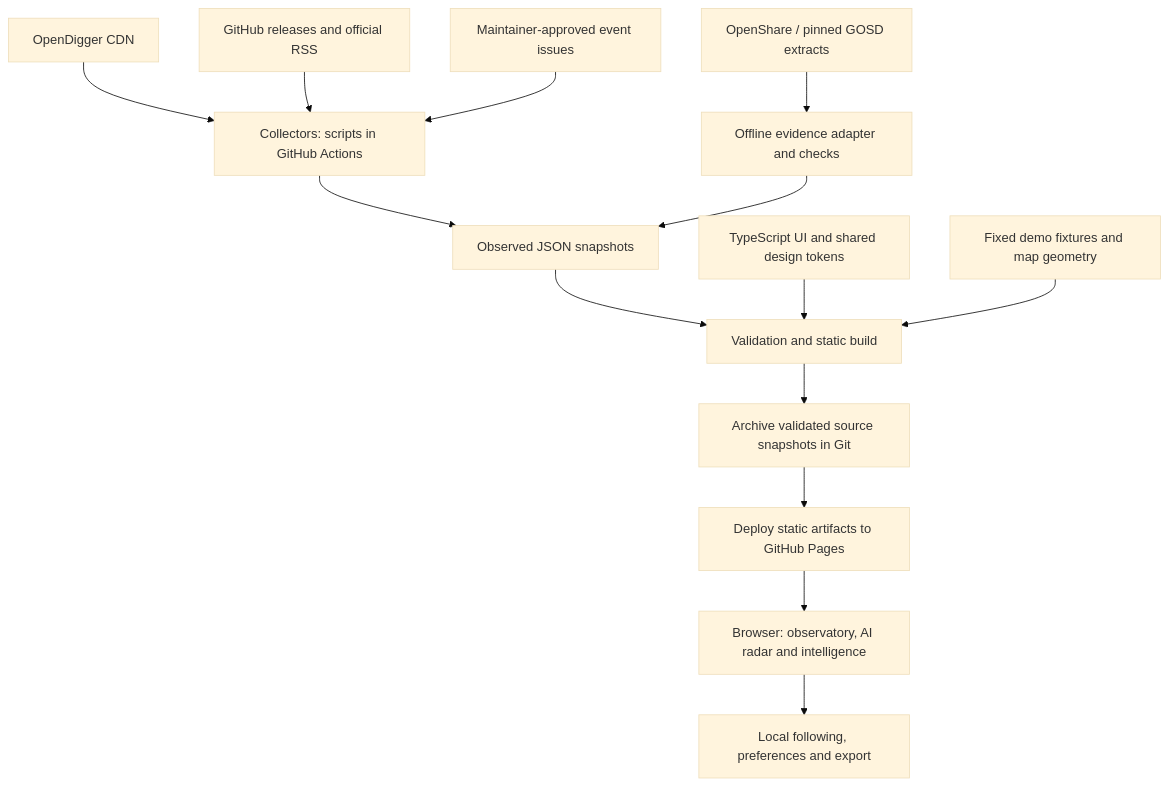
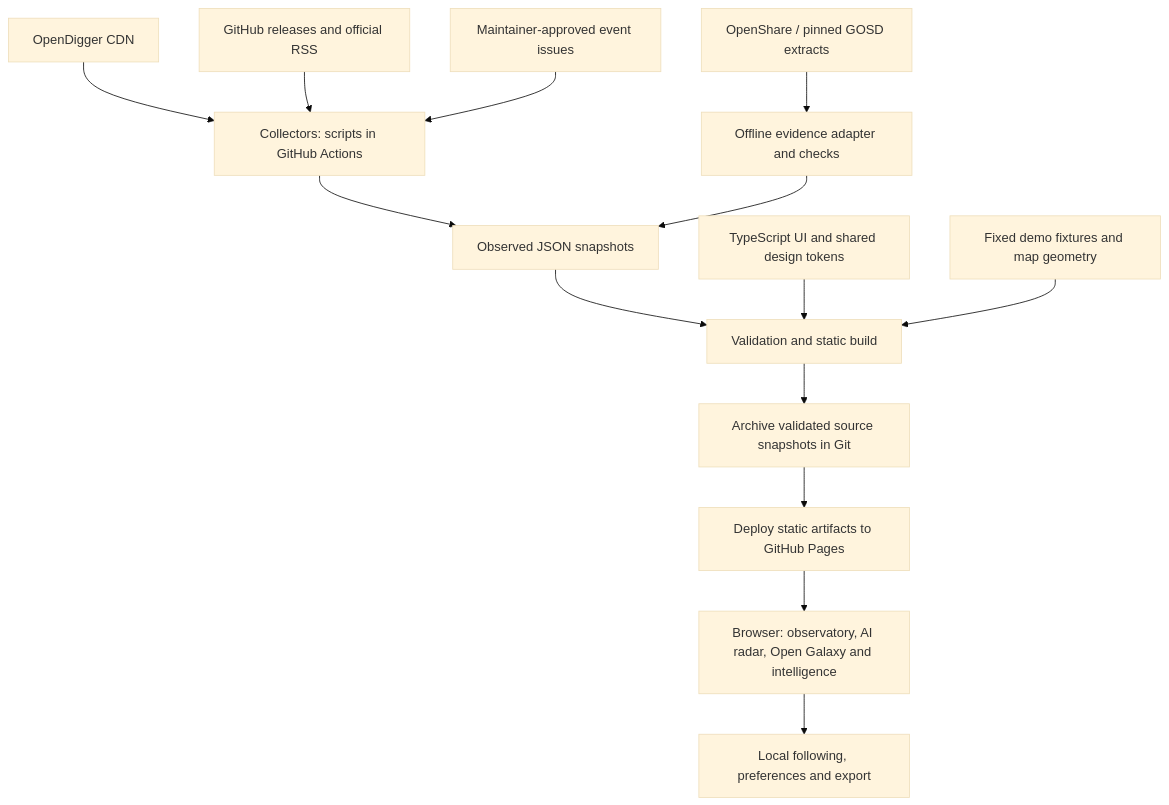
Before and after one commit to X-lab2017/open-dipper: the second of 2 diagrams in README.md, drawn with Mermaid (base theme). The commit also changed other lines of this file and 40 other files, not shown here.

````diff
--- a/README.md
+++ b/README.md
@@ -101,16 +124,16 @@
 ```mermaid
 flowchart TD
   OD["OpenDigger CDN"] --> C["Collectors: scripts in GitHub Actions"]
   FE["GitHub releases and official RSS"] --> C
   ED["Maintainer-approved event issues"] --> C
   C --> S["Observed JSON snapshots"]
   OS["OpenShare / pinned GOSD extracts"] --> EA["Offline evidence adapter and checks"]
   EA --> S
   S --> Q["Validation and static build"]
   UI["TypeScript UI and shared design tokens"] --> Q
   FX["Fixed demo fixtures and map geometry"] --> Q
   Q --> A["Archive validated source snapshots in Git"]
   A --> P["Deploy static artifacts to GitHub Pages"]
-  P --> B["Browser: observatory, AI radar and intelligence"]
+  P --> B["Browser: observatory, AI radar, Open Galaxy and intelligence"]
   B --> L["Local following, preferences and export"]
 ```
````
